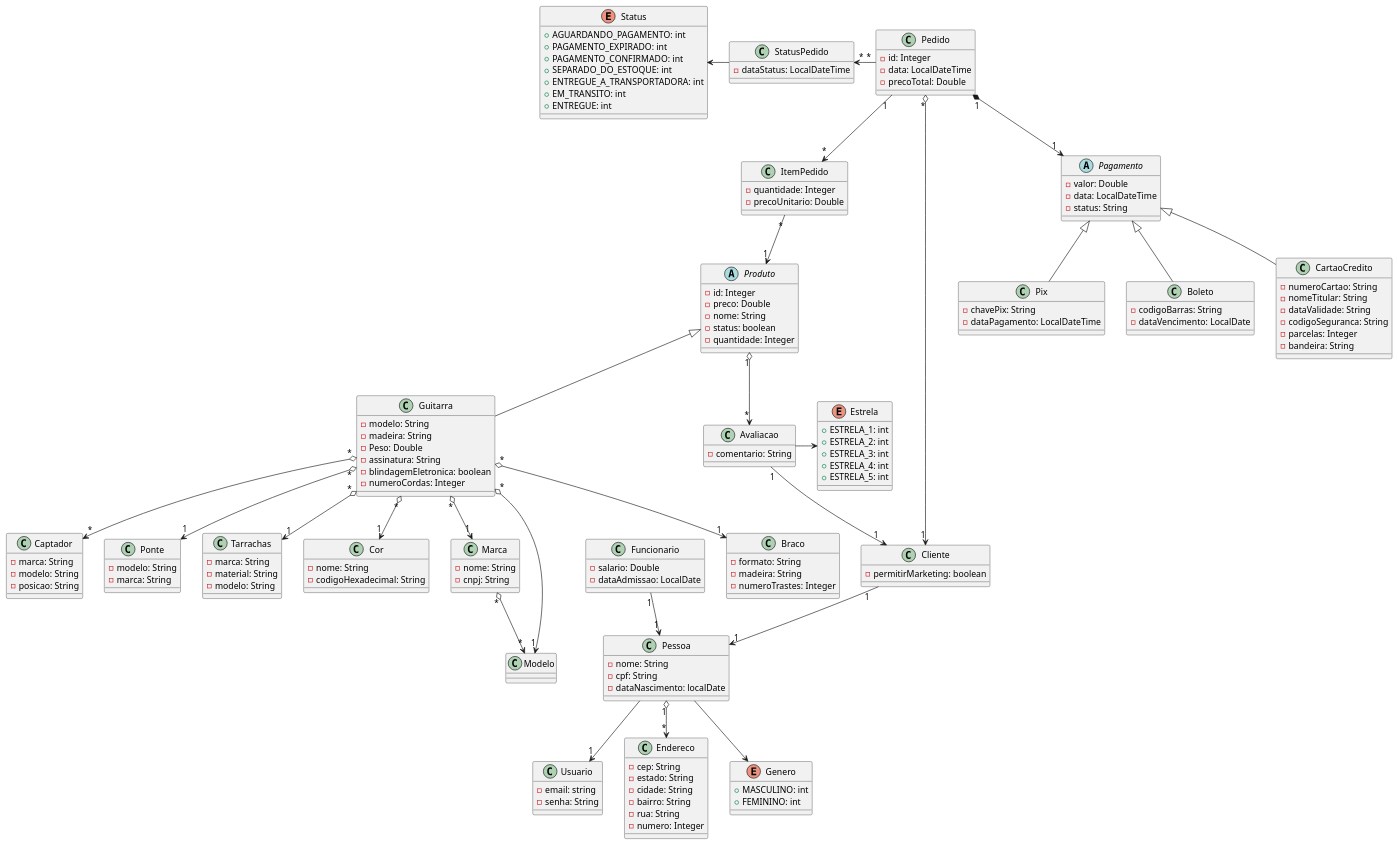
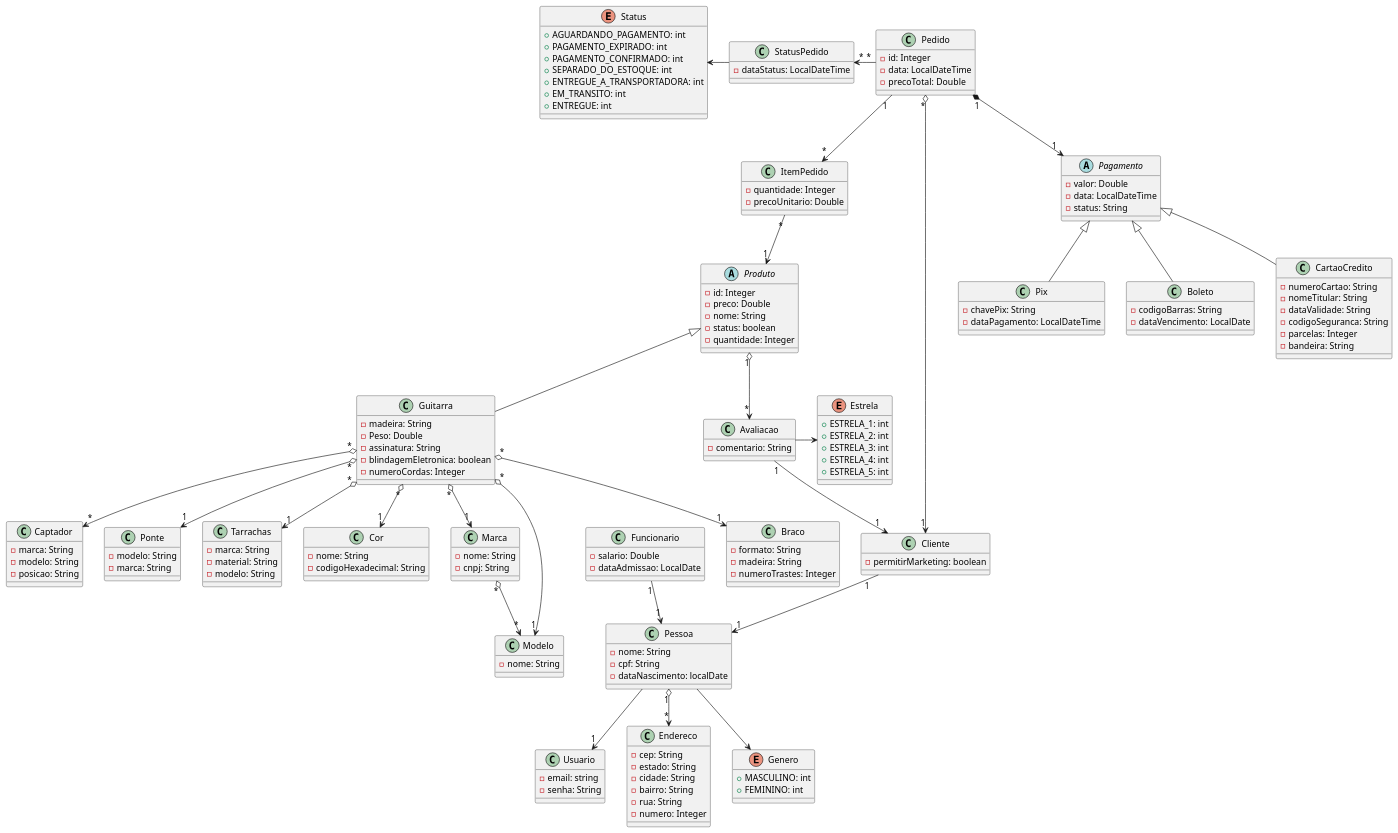
One commit to ja1vctr/tp2-quarkus-guitarra changed the diagram in src/main/uml/uml.plantuml. Above: the diagram before and after it, drawn with PlantUML. The commit also changed 16 other files, not shown here.

```diff
--- a/src/main/uml/uml.plantuml
+++ b/src/main/uml/uml.plantuml
@@ -1,180 +1,182 @@
 @startuml uml
 abstract class Produto {
     - id: Integer
     - preco: Double
     - nome: String
     - status: boolean
     - quantidade: Integer
 }
 
 class Guitarra extends Produto {
-    - modelo: String
     - madeira: String
     - Peso: Double
     - assinatura: String
     - blindagemEletronica: boolean
     - numeroCordas: Integer
 }
-
 
 class Braco {
     - formato: String
     - madeira: String
     - numeroTrastes: Integer
 }
 
 class Captador {
     - marca: String
     - modelo: String
     - posicao: String
 }
 
 class Ponte {
     - modelo: String
     - marca: String
 }
 
 class Tarrachas {
     - marca: String
     - material: String
     - modelo: String
 }
 
 class Cor {
     - nome: String
     - codigoHexadecimal: String
 }
 
 Class Marca { 
     - nome: String
     - cnpj: String
+}
+
+Class Modelo { 
+    - nome: String
 }
 
 class Pedido {
     - id: Integer
     - data: LocalDateTime
     - precoTotal: Double
 }
 
 class ItemPedido {
     - quantidade: Integer
     - precoUnitario: Double
 }
 
 class Pessoa {
     - nome: String
     - cpf: String
     - dataNascimento: localDate
 }
 
 class Usuario {
     - email: string
     - senha: String
 }
 
 class Cliente {
     - permitirMarketing: boolean
 }
 
 class Funcionario {
     - salario: Double
     - dataAdmissao: LocalDate
 }
 
 class Avaliacao {
     - comentario: String
 }
 
 enum Estrela {
     + ESTRELA_1: int
     + ESTRELA_2: int
     + ESTRELA_3: int
     + ESTRELA_4: int
     + ESTRELA_5: int
 }
 
 class Endereco {
     - cep: String
     - estado: String
     - cidade: String
     - bairro: String
     - rua: String
     - numero: Integer
 }
 
 abstract Pagamento {
     - valor: Double
     - data: LocalDateTime
     - status: String
 }
 
 class Boleto extends Pagamento {
     - codigoBarras: String
     - dataVencimento: LocalDate
 }
 
 class CartaoCredito extends Pagamento {
     - numeroCartao: String
     - nomeTitular: String
     - dataValidade: String
     - codigoSeguranca: String
     - parcelas: Integer
     - bandeira: String
 }
 
 class Pix extends Pagamento {
     - chavePix: String
     - dataPagamento: LocalDateTime
 }
 
 enum Genero {
     + MASCULINO: int
     + FEMININO: int
 }
 
 class StatusPedido {
     - dataStatus: LocalDateTime
 }
 
 enum Status {
     + AGUARDANDO_PAGAMENTO: int
     + PAGAMENTO_EXPIRADO: int
     + PAGAMENTO_CONFIRMADO: int
     + SEPARADO_DO_ESTOQUE: int
     + ENTREGUE_A_TRANSPORTADORA: int
     + EM_TRANSITO: int
     + ENTREGUE: int
 }
 
 
 Guitarra "*" o--> "1" Braco
 Guitarra "*" o--> "*" Captador
 Guitarra "*" o--> "1" Ponte
 Guitarra "*" o--> "1" Tarrachas
 Guitarra "*" o--> "1" Cor
 Guitarra "*" o--> "1" Marca
 Guitarra "*" o--> "1" Modelo
 
 Marca "*" o--> "*" Modelo
 
 ItemPedido "*" --> "1" Produto
 
 Pedido "1" --> "*" ItemPedido
 
 Pessoa --> "1" Usuario
 Pessoa --> Genero
 Pessoa "1" o--> "*" Endereco
 
 Cliente "1" --> "1" Pessoa
 Funcionario "1" -->"1" Pessoa
 
 Pedido "*" o--> "1" Cliente
 Pedido "1" *--> "1" Pagamento
 Pedido "*" -left-> "*" StatusPedido
 StatusPedido -left-> Status
 
 Produto "1" o--> "*" Avaliacao
 Avaliacao "1" --> "1" Cliente
 Avaliacao -right-> Estrela
 
 @enduml
```
